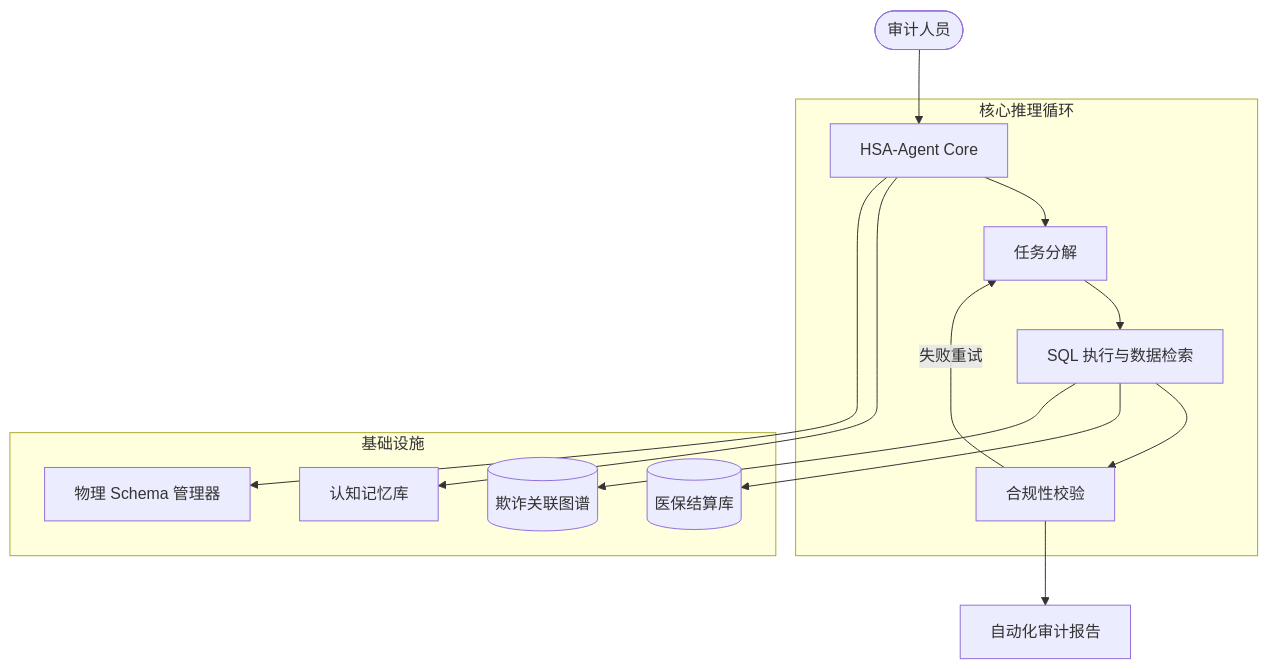
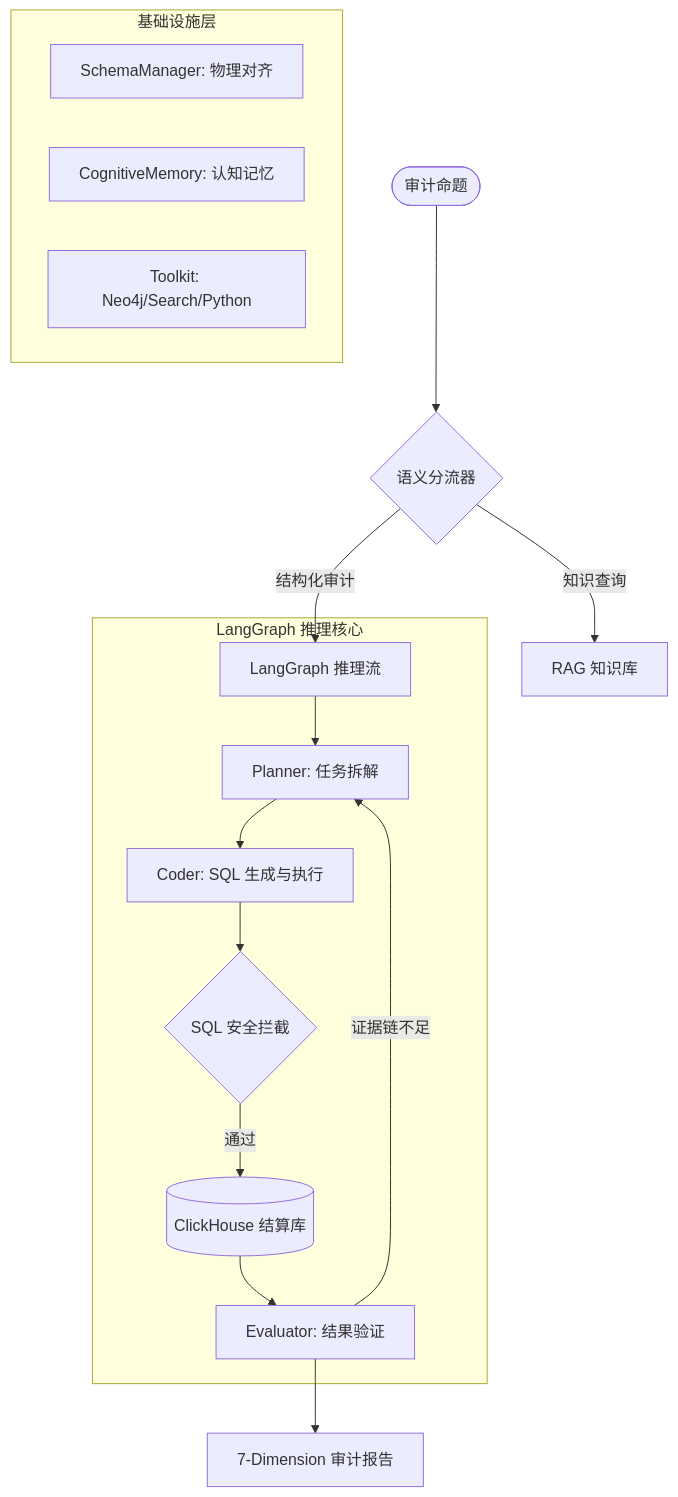
The diagram in README.md (sunsumyu/hsa-agent), drawn with Mermaid before and after one commit. The commit also changed other lines of this file and 45 other files, not shown here.

Commit message:
docs: upgrade README with deep technical insights and architecture details

````diff
--- a/README.md
+++ b/README.md
@@ -21,17 +30,23 @@
 ```mermaid
 graph TD
-    User([审计人员]) --> Agent[HSA-Agent Core]
-    subgraph 核心推理循环
-        Agent --> Planner[任务分解]
-        Planner --> Coder[SQL 执行与数据检索]
-        Coder --> Evaluator[合规性校验]
-        Evaluator -- 失败重试 --> Planner
+    User([审计命题]) --> Router{语义分流器}
+    Router -- 结构化审计 --> Graph[LangGraph 推理流]
+    Router -- 知识查询 --> RAG[RAG 知识库]
+    
+    subgraph LangGraph 推理核心
+        Graph --> Planner[Planner: 任务拆解]
+        Planner --> Coder[Coder: SQL 生成与执行]
+        Coder --> SQLGuardian{SQL 安全拦截}
+        SQLGuardian -- 通过 --> DB[(ClickHouse 结算库)]
+        DB --> Evaluator[Evaluator: 结果验证]
+        Evaluator -- 证据链不足 --> Planner
     end
-    subgraph 基础设施
-        Coder --> ClickHouse[(医保结算库)]
-        Coder --> Neo4j[(欺诈关联图谱)]
-        Agent --> Memory[认知记忆库]
-        Agent --> Schema[物理 Schema 管理器]
+    
+    subgraph 基础设施层
+        Schema[SchemaManager: 物理对齐]
+        Memory[CognitiveMemory: 认知记忆]
+        Tools[Toolkit: Neo4j/Search/Python]
     end
-    Evaluator --> Report[自动化审计报告]
+    
+    Evaluator --> Report[7-Dimension 审计报告]
 ```
````
